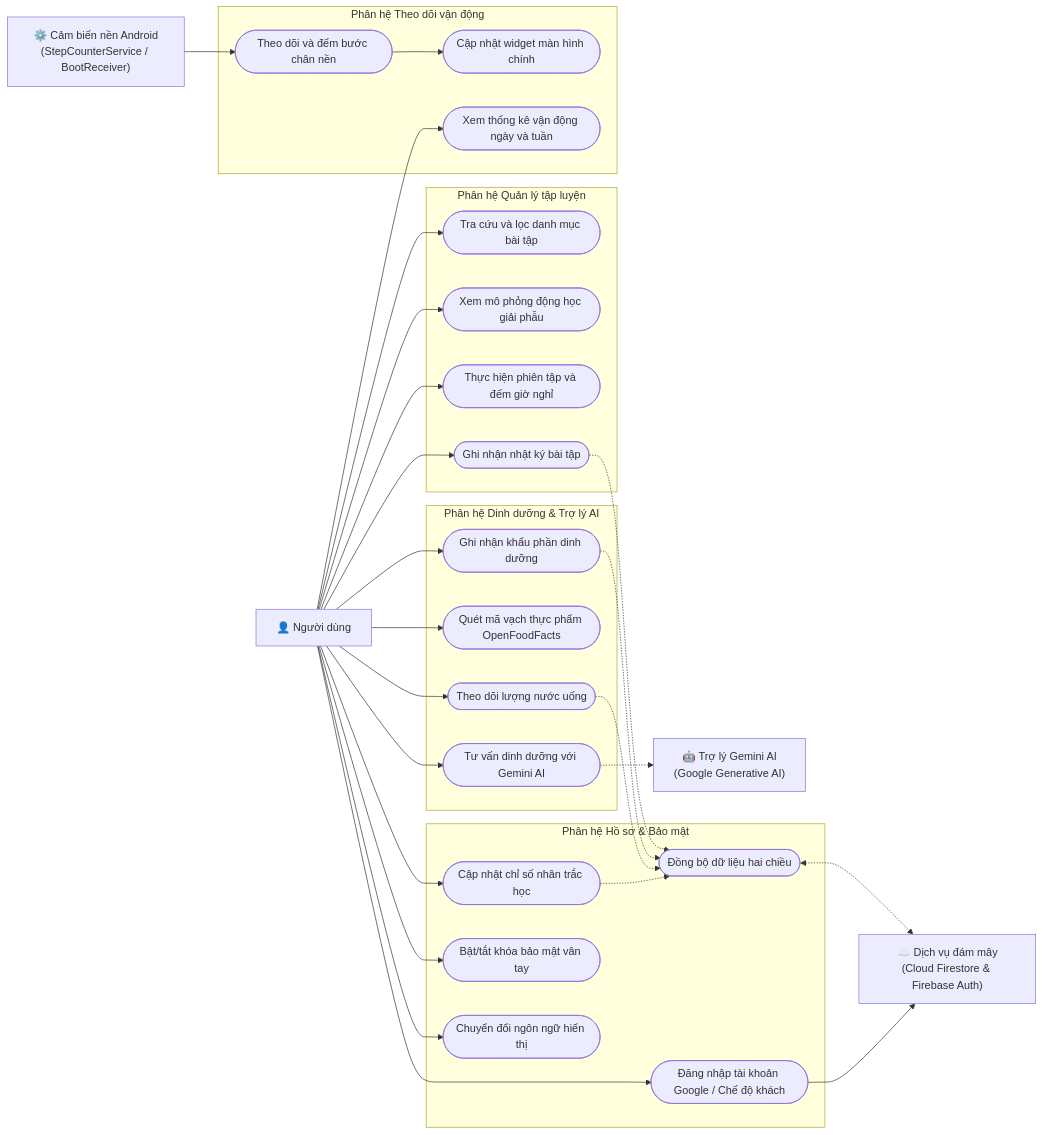
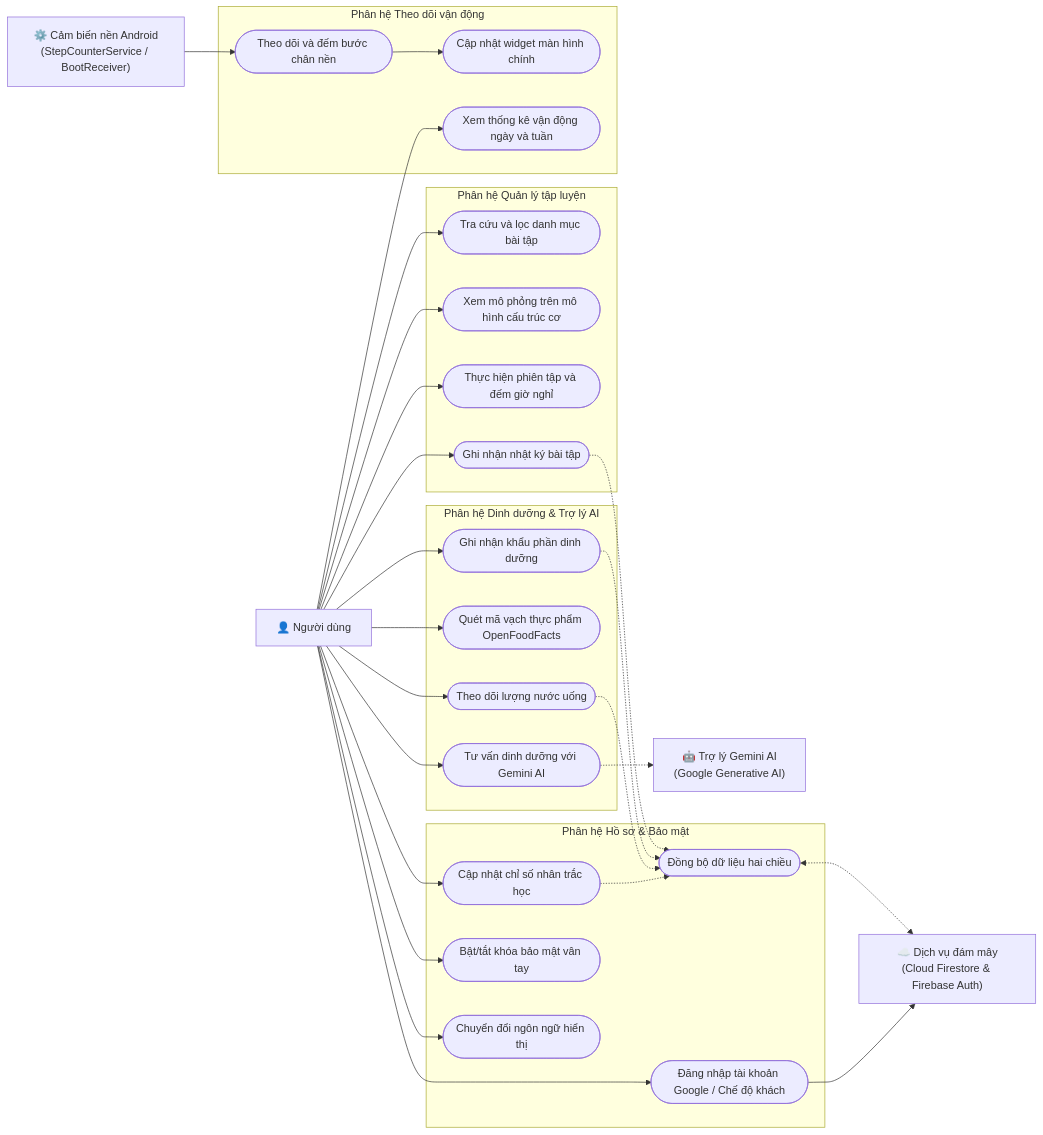
Before and after one commit to CuongHayHo/fitness_app: the diagram in docs/report/mermaid/so-do-use-case.mmd, drawn with Mermaid. The commit also changed 12 other files, not shown here.

```diff
--- a/docs/report/mermaid/so-do-use-case.mmd
+++ b/docs/report/mermaid/so-do-use-case.mmd
@@ -1,68 +1,68 @@
 flowchart LR
     %% Định nghĩa các tác nhân
     User["👤 Người dùng"]
     SensorSystem["⚙️ Cảm biến nền Android\n(StepCounterService / BootReceiver)"]
     GeminiAI["🤖 Trợ lý Gemini AI\n(Google Generative AI)"]
     FirestoreCloud["☁️ Dịch vụ đám mây\n(Cloud Firestore & Firebase Auth)"]
 
     %% Phân hệ Theo dõi vận động
     subgraph UC_Movement["Phân hệ Theo dõi vận động"]
         UC_StepCount(["Theo dõi và đếm bước chân nền"])
         UC_ViewStats(["Xem thống kê vận động ngày và tuần"])
         UC_WidgetSync(["Cập nhật widget màn hình chính"])
     end
 
     %% Phân hệ Quản lý tập luyện
     subgraph UC_Workout["Phân hệ Quản lý tập luyện"]
         UC_SelectExercise(["Tra cứu và lọc danh mục bài tập"])
-        UC_PoseGuide(["Xem mô phỏng động học giải phẫu"])
+        UC_PoseGuide(["Xem mô phỏng trên mô hình cấu trúc cơ"])
         UC_ActiveWorkout(["Thực hiện phiên tập và đếm giờ nghỉ"])
         UC_LogWorkout(["Ghi nhận nhật ký bài tập"])
     end
 
     %% Phân hệ Dinh dưỡng & Trợ lý AI
     subgraph UC_Nutrition["Phân hệ Dinh dưỡng & Trợ lý AI"]
         UC_LogFood(["Ghi nhận khẩu phần dinh dưỡng"])
         UC_BarcodeScan(["Quét mã vạch thực phẩm OpenFoodFacts"])
         UC_WaterLog(["Theo dõi lượng nước uống"])
         UC_AIChat(["Tư vấn dinh dưỡng với Gemini AI"])
     end
 
     %% Phân hệ Hồ sơ & Hệ thống
     subgraph UC_Profile["Phân hệ Hồ sơ & Bảo mật"]
         UC_ProfileUpdate(["Cập nhật chỉ số nhân trắc học"])
         UC_BiometricLock(["Bật/tắt khóa bảo mật vân tay"])
         UC_LanguageSwitch(["Chuyển đổi ngôn ngữ hiển thị"])
         UC_AuthGoogle(["Đăng nhập tài khoản Google / Chế độ khách"])
         UC_CloudSync(["Đồng bộ dữ liệu hai chiều"])
     end
 
     %% Liên kết Người dùng
     User --> UC_ViewStats
     User --> UC_SelectExercise
     User --> UC_PoseGuide
     User --> UC_ActiveWorkout
     User --> UC_LogWorkout
     User --> UC_LogFood
     User --> UC_BarcodeScan
     User --> UC_WaterLog
     User --> UC_AIChat
     User --> UC_ProfileUpdate
     User --> UC_BiometricLock
     User --> UC_LanguageSwitch
     User --> UC_AuthGoogle
 
     %% Liên kết Cảm biến nền
     SensorSystem --> UC_StepCount
     UC_StepCount --> UC_WidgetSync
 
     %% Liên kết Gemini AI
     UC_AIChat -.-> GeminiAI
 
     %% Liên kết Cloud Firestore
     UC_AuthGoogle --> FirestoreCloud
     UC_CloudSync <.-> FirestoreCloud
     UC_LogWorkout -.-> UC_CloudSync
     UC_LogFood -.-> UC_CloudSync
     UC_WaterLog -.-> UC_CloudSync
     UC_ProfileUpdate -.-> UC_CloudSync
```
